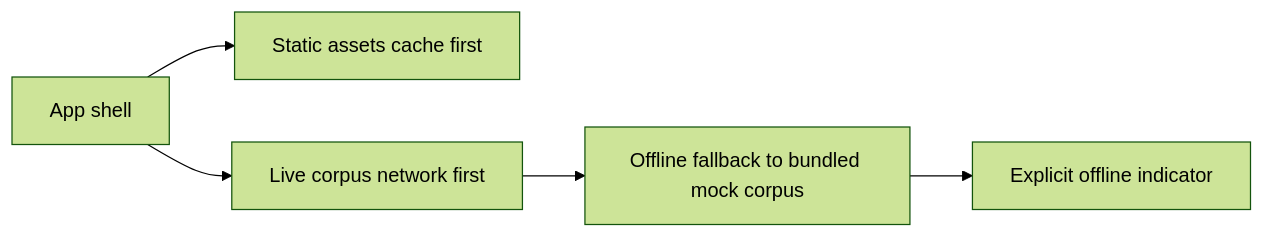
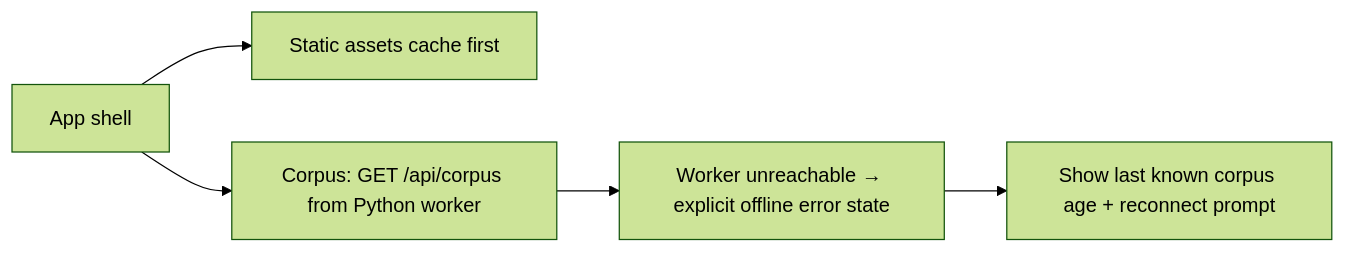
One commit to AlexAgo83/deepvault changed the diagram in logics/architecture/adr_027_pwa_cache_and_offline_fallback_strategy.md. Above: the diagram before and after it, drawn with Mermaid (forest theme). The commit also changed other lines of this file and 36 other files, not shown here.

````diff
--- a/logics/architecture/adr_027_pwa_cache_and_offline_fallback_strategy.md
+++ b/logics/architecture/adr_027_pwa_cache_and_offline_fallback_strategy.md
@@ -16,7 +18,7 @@
 ```mermaid
 flowchart LR
     App[App shell] --> Static[Static assets cache first]
-    App --> Live[Live corpus network first]
-    Live --> Offline[Offline fallback to bundled mock corpus]
-    Offline --> Signal[Explicit offline indicator]
+    App --> Corpus[Corpus: GET /api/corpus from Python worker]
+    Corpus --> Offline[Worker unreachable → explicit offline error state]
+    Offline --> Signal[Show last known corpus age + reconnect prompt]
 ```
````
